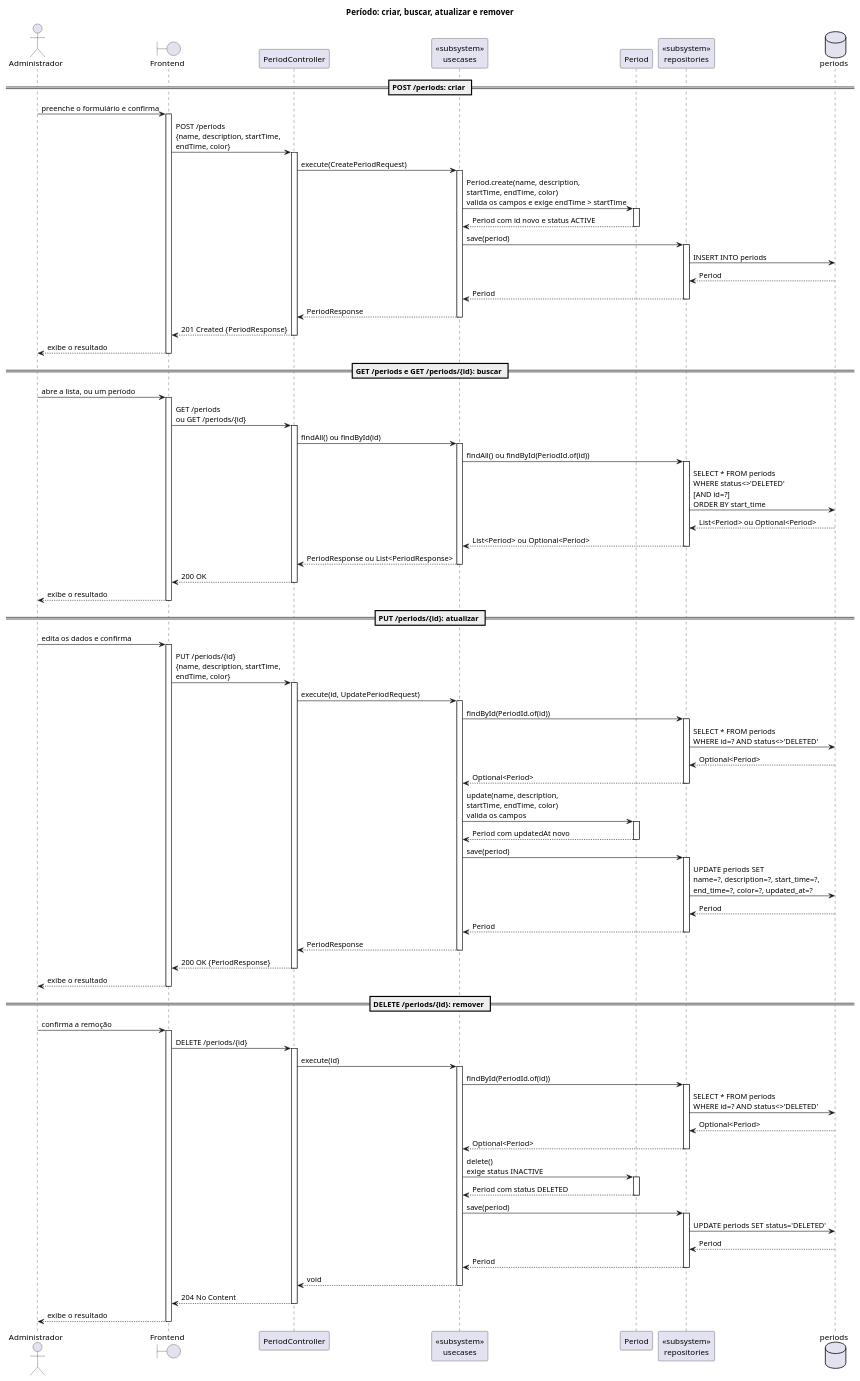
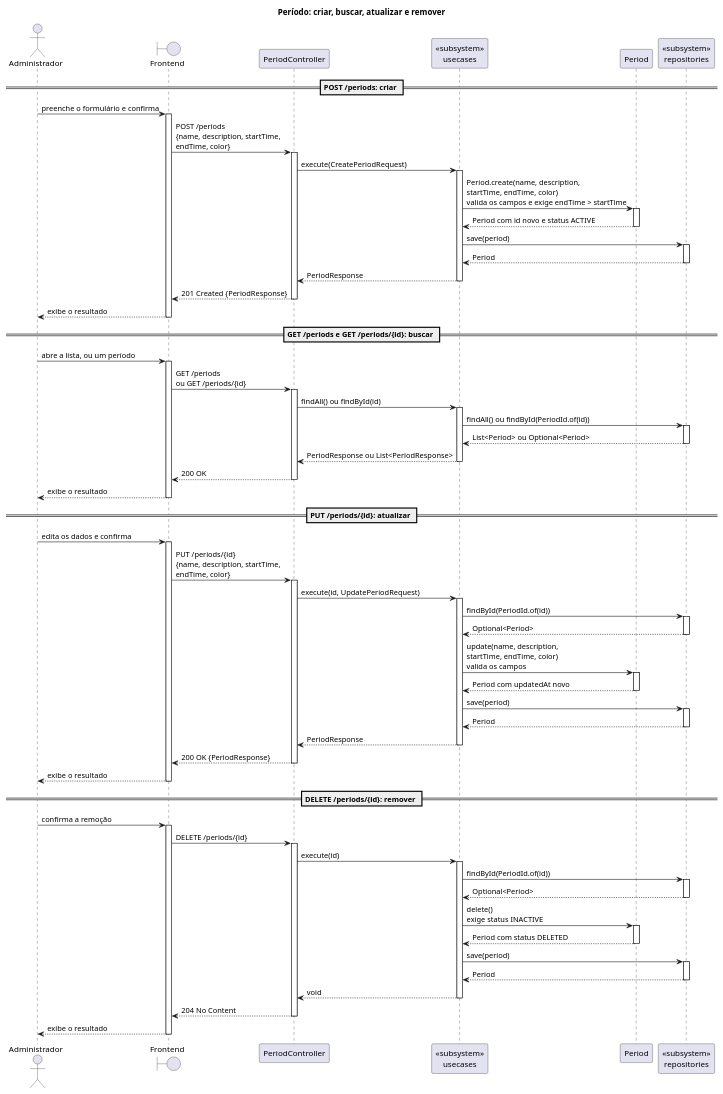
One commit to Neoguara/rooms-diagrams changed the diagram in src/plantuml/sequencia/simples/period.puml. Above: the diagram before and after it, drawn with PlantUML. The commit also changed 23 other files, not shown here.

```diff
--- a/src/plantuml/sequencia/simples/period.puml
+++ b/src/plantuml/sequencia/simples/period.puml
@@ -1,155 +1,145 @@
 @startuml period_simples
 
 ' Recorte de período do módulo event, inteiro em um arquivo, no estilo simplista.
 '
-' Quatro cortes, os mesmos dos outros diagramas desta pasta:
+' Cinco cortes, os mesmos dos outros diagramas desta pasta:
 '   1. Porta e implementação viram um participante só, tipado como «subsystem».
 '   2. Só o caminho de sucesso. Nenhum alt: os erros (404, 422) ficam de fora, e as
 '      guardas de status estão em estado/period_status.puml.
 '   3. Nenhuma mensagem para si mesmo: fluxo interno não é troca entre participantes.
 '   4. Ativação só em trecho reto, abrindo e fechando no mesmo nível.
+'   5. O armazenamento não aparece. As mensagens param no participante de repositório,
+'      e a consulta ou gravação fica implícita: o que importa é a conversa entre as
+'      camadas, não o SQL.
 '
 ' A camada de caso de uso é uma raia só, tipada como «subsystem». Ela não representa uma
 ' classe: representa a camada. As classes estão em classe/simples/event/period.puml.
 '
 ' O PATCH /periods/{id}/status fica de fora: as transições estão em
 ' estado/period_status.puml.
 '
 ' Period é catálogo: escolher um período só preenche dois campos de hora na tela, não
 ' reserva horário e não passa por EventRequest. Por isso não há conferência de agenda
 ' em nenhum dos fluxos abaixo, e dois períodos podem se sobrepor.
 
 title Período: criar, buscar, atualizar e remover
 
 actor "Administrador" as Ator
 boundary "Frontend" as FE
 participant "PeriodController" as Ctrl
 
 participant "<<subsystem>>\nusecases" as UC
 
 participant "Period" as Entity
 participant "<<subsystem>>\nrepositories" as Repo
-database "periods" as DB
 
 == POST /periods: criar ==
 
 Ator -> FE: preenche o formulário e confirma
 activate FE
 FE -> Ctrl: POST /periods\n{name, description, startTime,\nendTime, color}
 activate Ctrl
 Ctrl -> UC: execute(CreatePeriodRequest)
 activate UC
 
 UC -> Entity: Period.create(name, description,\nstartTime, endTime, color)\nvalida os campos e exige endTime > startTime
 activate Entity
 Entity --> UC: Period com id novo e status ACTIVE
 deactivate Entity
 
 UC -> Repo: save(period)
 activate Repo
-Repo -> DB: INSERT INTO periods
-DB --> Repo: Period
 Repo --> UC: Period
 deactivate Repo
 
 UC --> Ctrl: PeriodResponse
 deactivate UC
 Ctrl --> FE: 201 Created {PeriodResponse}
 deactivate Ctrl
 FE --> Ator: exibe o resultado
 deactivate FE
 
 == GET /periods e GET /periods/{id}: buscar ==
 
 Ator -> FE: abre a lista, ou um período
 activate FE
 FE -> Ctrl: GET /periods\nou GET /periods/{id}
 activate Ctrl
 Ctrl -> UC: findAll() ou findById(id)
 activate UC
 
 UC -> Repo: findAll() ou findById(PeriodId.of(id))
 activate Repo
-Repo -> DB: SELECT * FROM periods\nWHERE status<>'DELETED'\n[AND id=?]\nORDER BY start_time
-DB --> Repo: List<Period> ou Optional<Period>
 Repo --> UC: List<Period> ou Optional<Period>
 deactivate Repo
 
 UC --> Ctrl: PeriodResponse ou List<PeriodResponse>
 deactivate UC
 Ctrl --> FE: 200 OK
 deactivate Ctrl
 FE --> Ator: exibe o resultado
 deactivate FE
 
 == PUT /periods/{id}: atualizar ==
 
 Ator -> FE: edita os dados e confirma
 activate FE
 FE -> Ctrl: PUT /periods/{id}\n{name, description, startTime,\nendTime, color}
 activate Ctrl
 Ctrl -> UC: execute(id, UpdatePeriodRequest)
 activate UC
 
 UC -> Repo: findById(PeriodId.of(id))
 activate Repo
-Repo -> DB: SELECT * FROM periods\nWHERE id=? AND status<>'DELETED'
-DB --> Repo: Optional<Period>
 Repo --> UC: Optional<Period>
 deactivate Repo
 
 UC -> Entity: update(name, description,\nstartTime, endTime, color)\nvalida os campos
 activate Entity
 Entity --> UC: Period com updatedAt novo
 deactivate Entity
 
 UC -> Repo: save(period)
 activate Repo
-Repo -> DB: UPDATE periods SET\nname=?, description=?, start_time=?,\nend_time=?, color=?, updated_at=?
-DB --> Repo: Period
 Repo --> UC: Period
 deactivate Repo
 
 UC --> Ctrl: PeriodResponse
 deactivate UC
 Ctrl --> FE: 200 OK {PeriodResponse}
 deactivate Ctrl
 FE --> Ator: exibe o resultado
 deactivate FE
 
 == DELETE /periods/{id}: remover ==
 
 Ator -> FE: confirma a remoção
 activate FE
 FE -> Ctrl: DELETE /periods/{id}
 activate Ctrl
 Ctrl -> UC: execute(id)
 activate UC
 
 UC -> Repo: findById(PeriodId.of(id))
 activate Repo
-Repo -> DB: SELECT * FROM periods\nWHERE id=? AND status<>'DELETED'
-DB --> Repo: Optional<Period>
 Repo --> UC: Optional<Period>
 deactivate Repo
 
 UC -> Entity: delete()\nexige status INACTIVE
 activate Entity
 Entity --> UC: Period com status DELETED
 deactivate Entity
 
 UC -> Repo: save(period)
 activate Repo
-Repo -> DB: UPDATE periods SET status='DELETED'
-DB --> Repo: Period
 Repo --> UC: Period
 deactivate Repo
 
 UC --> Ctrl: void
 deactivate UC
 Ctrl --> FE: 204 No Content
 deactivate Ctrl
 FE --> Ator: exibe o resultado
 deactivate FE
 
 @enduml
```
